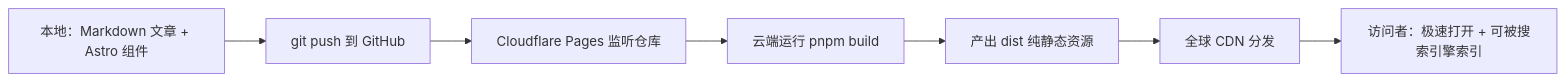
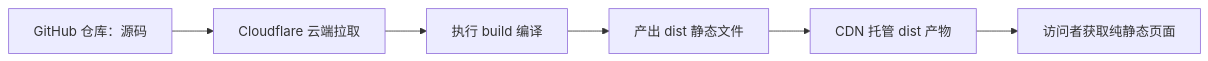
Before and after one commit to sskun/yuk-home: the first of 3 diagrams in src/content/article/astro-serverless-personal-site.md, drawn with Mermaid. The commit also changed other lines of this file and 32 other files, not shown here.

````diff
--- a/src/content/article/astro-serverless-personal-site.md
+++ b/src/content/article/astro-serverless-personal-site.md
@@ -39,9 +37,8 @@
 ```mermaid
 flowchart LR
-    A[本地：Markdown 文章 + Astro 组件] --> B[git push 到 GitHub]
-    B --> C[Cloudflare Pages 监听仓库]
-    C --> D[云端运行 pnpm build]
-    D --> E[产出 dist 纯静态资源]
-    E --> F[全球 CDN 分发]
-    F --> G[访问者：极速打开 + 可被搜索引擎索引]
+    A[GitHub 仓库：源码] --> B[Cloudflare 云端拉取]
+    B --> C[执行 build 编译]
+    C --> D[产出 dist 静态文件]
+    D --> E[CDN 托管 dist 产物]
+    E --> F[访问者获取纯静态页面]
 ```
````
